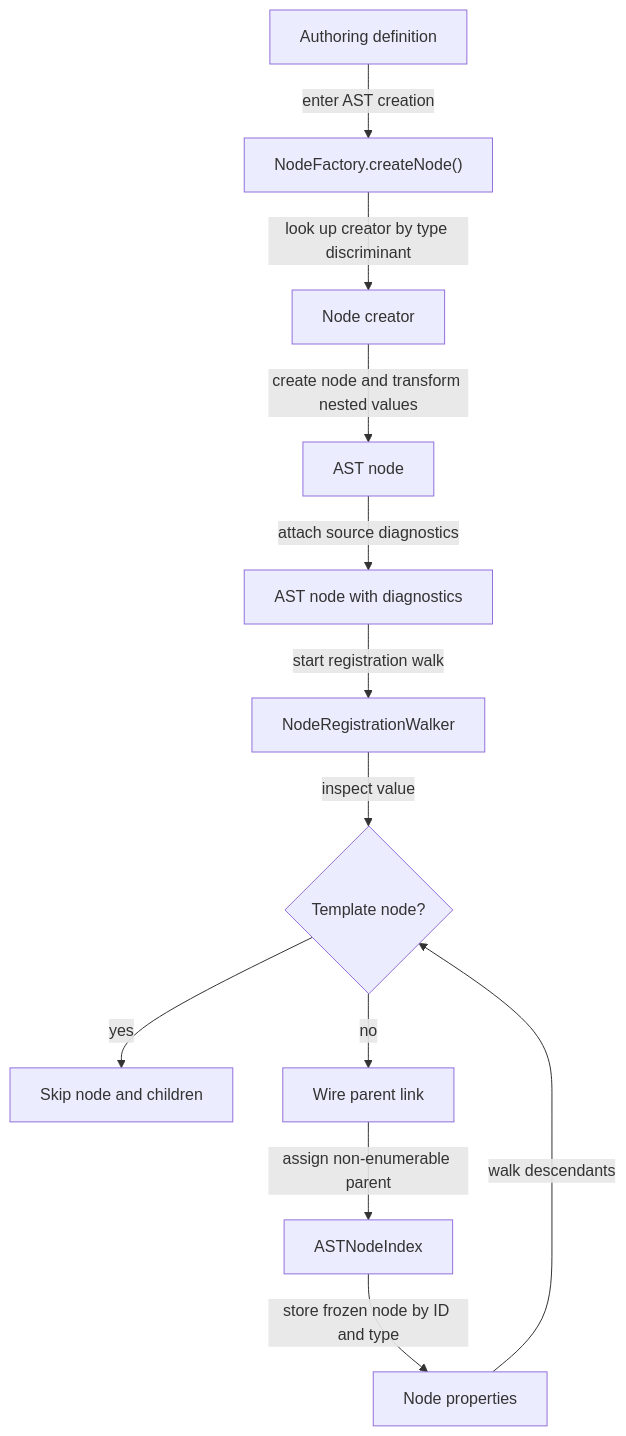
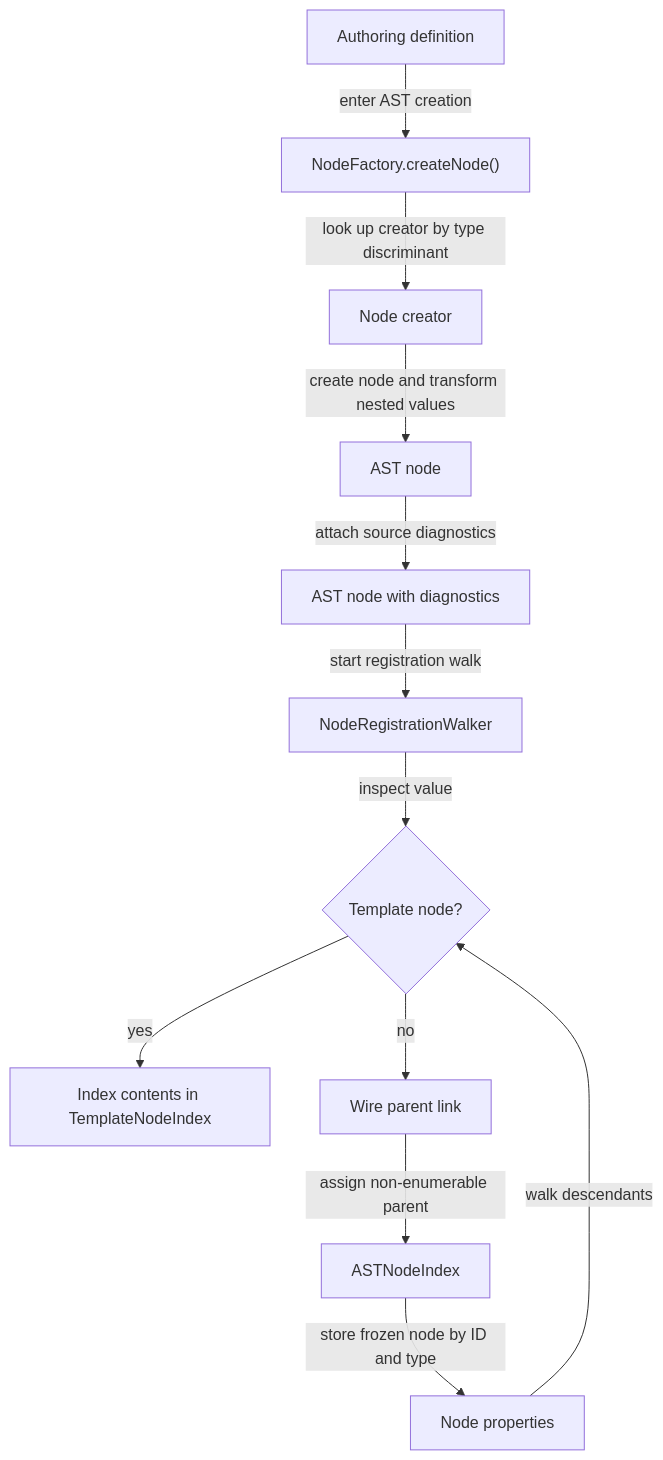
Before and after one commit to ministryofjustice/hmpps-forge: the diagram in packages/forge-core/src/engine/chassis/compilation/ast/README.md, drawn with Mermaid. The commit also changed other lines of this file and 44 other files, not shown here.

Commit message:
Tidy up template walking in semantic-analysis / node indexing

````diff
--- a/packages/forge-core/src/engine/chassis/compilation/ast/README.md
+++ b/packages/forge-core/src/engine/chassis/compilation/ast/README.md
@@ -108,14 +109,14 @@
 ```mermaid
 flowchart TD
   authoringDefinition["Authoring definition"] -->|enter AST creation| nodeFactory["NodeFactory.createNode()"]
   nodeFactory -->|look up creator by type discriminant| nodeCreator["Node creator"]
   nodeCreator -->|create node and transform nested values| astNode["AST node"]
   astNode -->|attach source diagnostics| diagnosticNode["AST node with diagnostics"]
   diagnosticNode -->|start registration walk| registrationWalker["NodeRegistrationWalker"]
   registrationWalker -->|inspect value| templateCheck{"Template node?"}
-  templateCheck -->|yes| skipTemplate["Skip node and children"]
+  templateCheck -->|yes| indexTemplate["Index contents in TemplateNodeIndex"]
   templateCheck -->|no| wireParent["Wire parent link"]
   wireParent -->|assign non-enumerable parent| registerNode["ASTNodeIndex"]
   registerNode -->|store frozen node by ID and type| walkProperties["Node properties"]
   walkProperties -->|walk descendants| templateCheck
 ```
````
